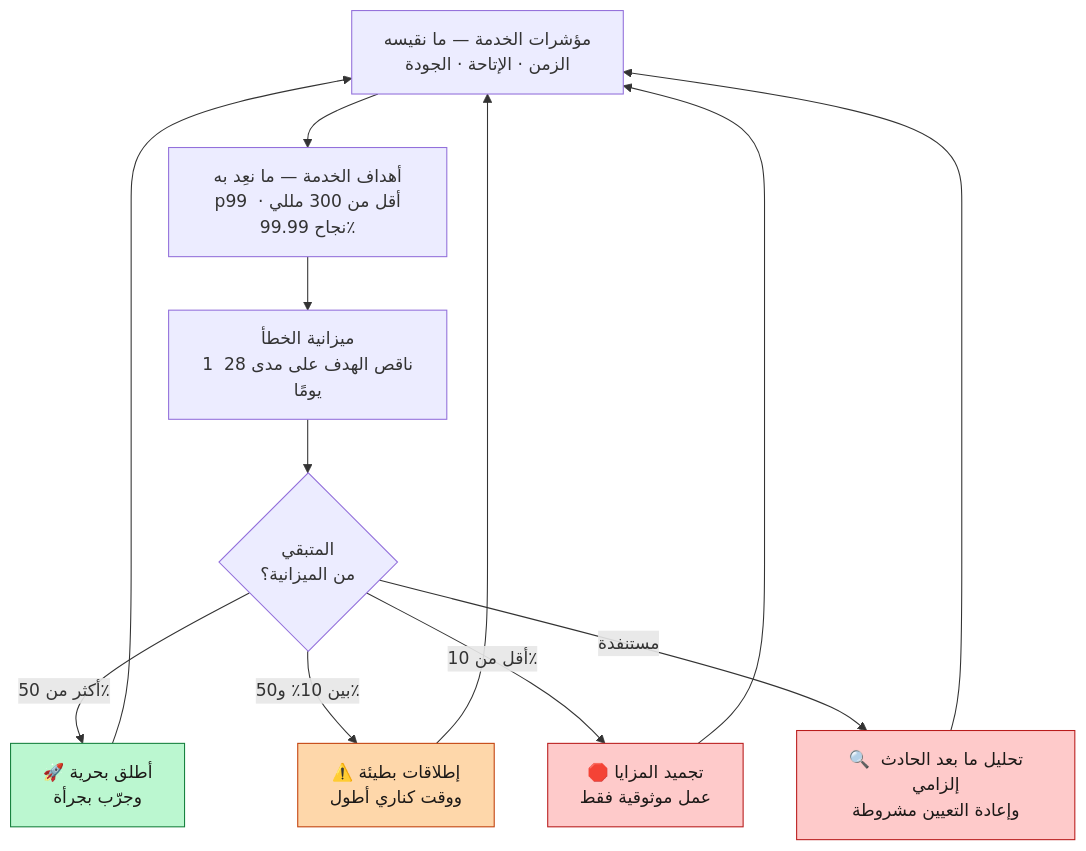
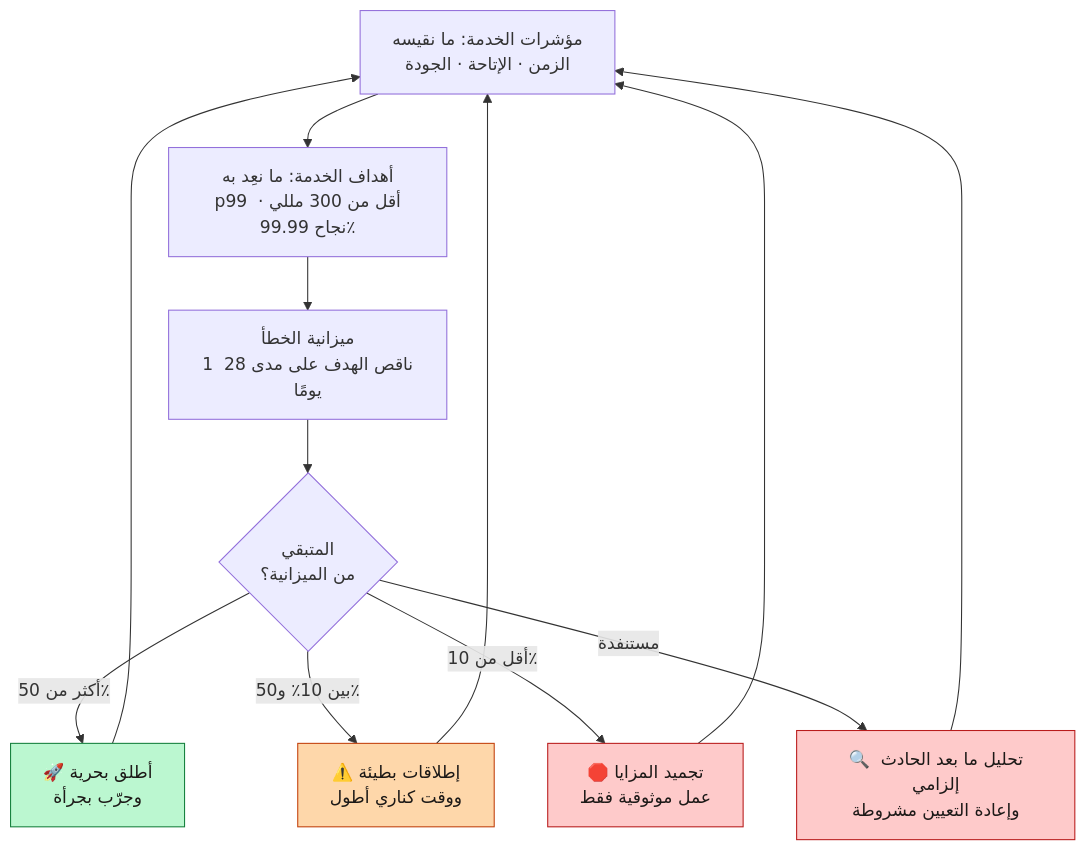
Before and after one commit to ahmedselimmansor-ctrl/google-search-system-design: the third of 4 diagrams in docs/ar/02-requirements.md, drawn with Mermaid. The commit also changed other lines of this file and 89 other files, not shown here.

````diff
--- a/docs/ar/02-requirements.md
+++ b/docs/ar/02-requirements.md
@@ -158,24 +158,24 @@
 ```mermaid
 flowchart TB
-    SLI["مؤشرات الخدمة — ما نقيسه<br/>الزمن · الإتاحة · الجودة"]
-    SLI --> SLO["أهداف الخدمة — ما نعِد به<br/>p99 أقل من 300 مللي · نجاح 99.99٪"]
+    SLI["مؤشرات الخدمة: ما نقيسه<br/>الزمن · الإتاحة · الجودة"]
+    SLI --> SLO["أهداف الخدمة: ما نعِد به<br/>p99 أقل من 300 مللي · نجاح 99.99٪"]
     SLO --> EB["ميزانية الخطأ<br/>1 ناقص الهدف على مدى 28 يومًا"]
 
     EB --> D{"المتبقي<br/>من الميزانية؟"}
     D -->|"أكثر من 50٪"| FAST["🚀 أطلق بحرية<br/>وجرّب بجرأة"]
     D -->|"بين 10٪ و50٪"| CAUTION["⚠️ إطلاقات بطيئة<br/>ووقت كناري أطول"]
     D -->|"أقل من 10٪"| FREEZE["🛑 تجميد المزايا<br/>عمل موثوقية فقط"]
     D -->|"مستنفدة"| POST["🔍 تحليل ما بعد الحادث إلزامي<br/>وإعادة التعيين مشروطة"]
 
     FAST --> SLI
     CAUTION --> SLI
     FREEZE --> SLI
     POST --> SLI
 
     classDef ok fill:#bbf7d0,stroke:#15803d,color:#1c1917
     classDef warn fill:#fed7aa,stroke:#c2410c,color:#1c1917
     classDef bad fill:#fecaca,stroke:#b91c1c,color:#1c1917
     class FAST ok
     class CAUTION warn
     class FREEZE,POST bad
 ```
````
